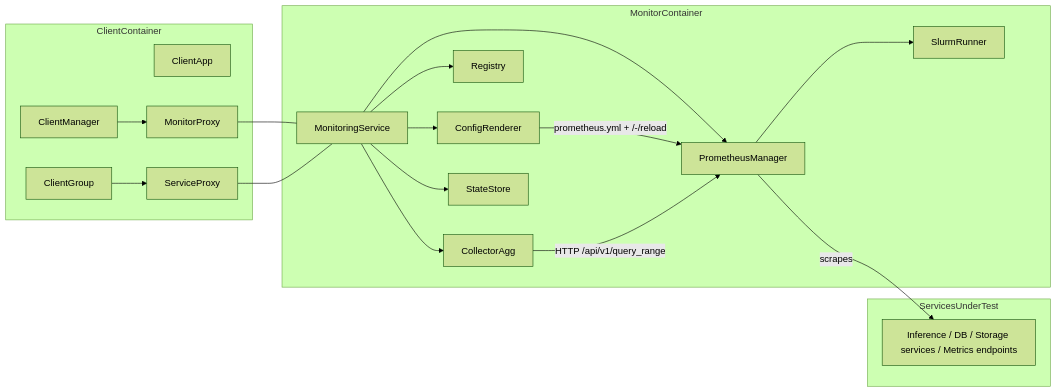
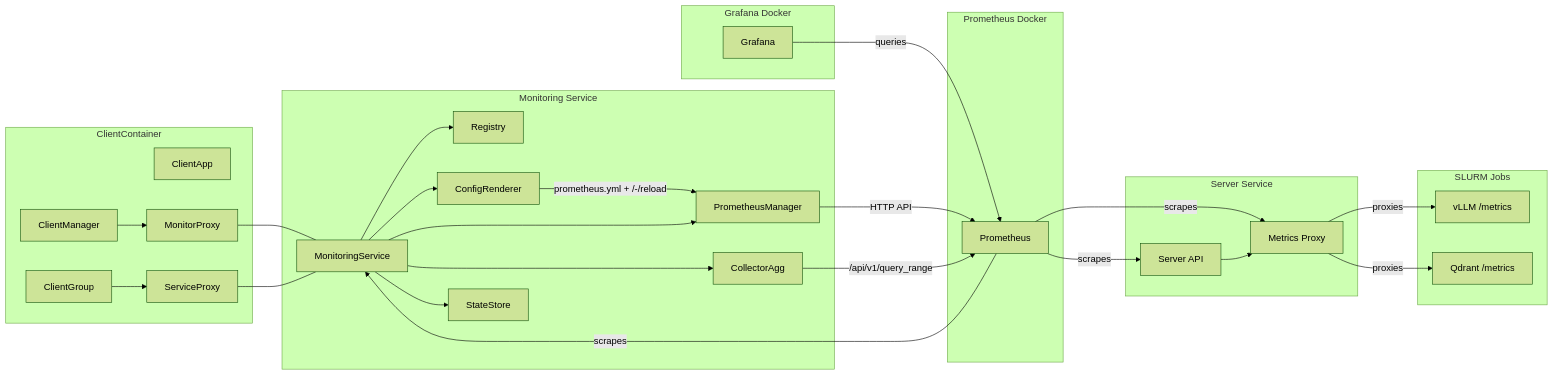
Before and after one commit to GiacomoPauletti/Benchmarking-AI-Factories: the diagram in services/monitoring/README.md, drawn with Mermaid (forest theme). The commit also changed other lines of this file and 128 other files, not shown here.

Commit message:
work in progress for minimal Server monitoring example

````diff
--- a/services/monitoring/README.md
+++ b/services/monitoring/README.md
@@ -37,39 +72,58 @@
 ```mermaid
 flowchart LR
 
   subgraph ClientContainer
     CA[ClientApp]
     CM[ClientManager]
     CG[ClientGroup]
     MP[MonitorProxy]
     SP[ServiceProxy]
     CM --> MP
     CG --> SP
   end
 
-  subgraph MonitorContainer
+  subgraph MonitorContainer[Monitoring Service]
     MS[MonitoringService]
     CR[ConfigRenderer]
-    PM[PrometheusManager]
+  LPM[PrometheusManager]
     REG[Registry]
     COL[CollectorAgg]
     SS[StateStore]
-    SR[SlurmRunner]
     MS --> REG
     MS --> CR
-    MS --> PM
+    MS --> LPM
     MS --> COL
     MS --> SS
-    PM --> SR
   end
 
-  subgraph ServicesUnderTest
-    SVC["Inference / DB / Storage services / Metrics endpoints"]
+  subgraph ServerContainer[Server Service]
+    SAPI[Server API]
+    METP[Metrics Proxy]
+    SAPI --> METP
+  end
+
+  subgraph PrometheusContainer[Prometheus Docker]
+    PROM[Prometheus]
+  end
+
+  subgraph GrafanaContainer[Grafana Docker]
+    GRAF[Grafana]
+  end
+
+  subgraph SlurmServices[SLURM Jobs]
+    VLLM[vLLM /metrics]
+    QDRANT[Qdrant /metrics]
   end
 
   MP --- MS
   SP --- MS
-  CR -->|"prometheus.yml + /-/reload"| PM
-  PM -->|"scrapes"| SVC
-  COL -->|"HTTP /api/v1/query_range"| PM
+  CR -->|"prometheus.yml + /-/reload"| LPM
+  LPM -->|"HTTP API"| PROM
+  PROM -->|"scrapes"| METP
+  METP -->|"proxies"| VLLM
+  METP -->|"proxies"| QDRANT
+  PROM -->|"scrapes"| MS
+  PROM -->|"scrapes"| SAPI
+  COL -->|"/api/v1/query_range"| PROM
+  GRAF -->|"queries"| PROM
 ```
````
